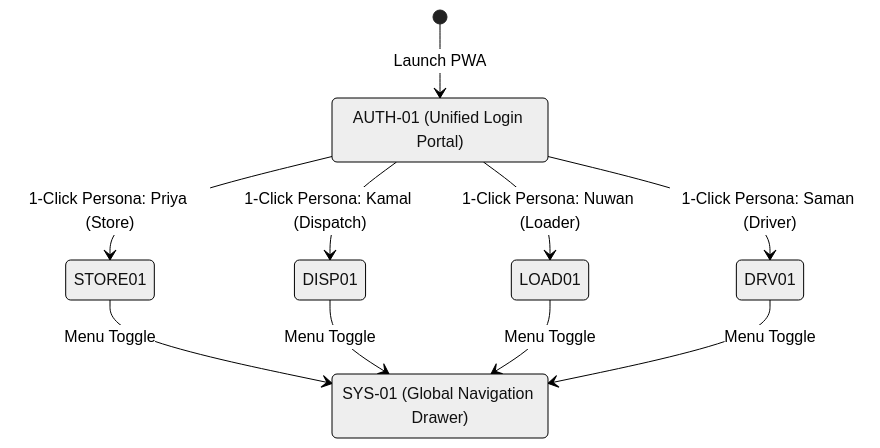
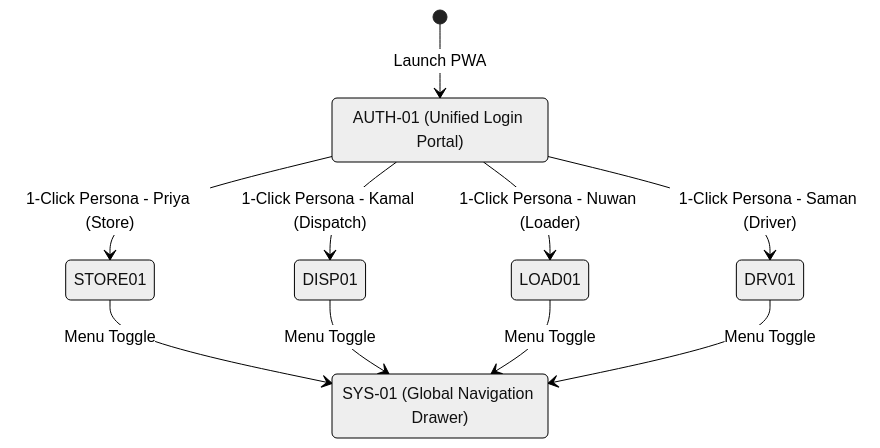
The first of 5 diagrams in docs/SCREEN_FLOW_RATIONALES.md (Mavros-Lykos/EMBERWOLVES_WayPoint), drawn with Mermaid (neutral theme) before and after one commit. The commit also changed other lines of this file, not shown here.

First line of the commit message:
docs(flow): update Mermaid state diagram syntax in screen flow rationales

````diff
--- a/docs/SCREEN_FLOW_RATIONALES.md
+++ b/docs/SCREEN_FLOW_RATIONALES.md
@@ -9,16 +9,16 @@
 ```mermaid
 stateDiagram-v2
     [*] --> AUTH01: Launch PWA
-    AUTH01: AUTH-01 (Unified Login Portal)
-    SYS01: SYS-01 (Global Navigation Drawer)
+state "AUTH-01 (Unified Login Portal)" as AUTH01
+state "SYS-01 (Global Navigation Drawer)" as SYS01
     
-    AUTH01 --> STORE01: 1-Click Persona: Priya (Store)
-    AUTH01 --> DISP01: 1-Click Persona: Kamal (Dispatch)
-    AUTH01 --> LOAD01: 1-Click Persona: Nuwan (Loader)
-    AUTH01 --> DRV01: 1-Click Persona: Saman (Driver)
+    AUTH01 --> STORE01: 1-Click Persona - Priya (Store)
+    AUTH01 --> DISP01: 1-Click Persona - Kamal (Dispatch)
+    AUTH01 --> LOAD01: 1-Click Persona - Nuwan (Loader)
+    AUTH01 --> DRV01: 1-Click Persona - Saman (Driver)
     
     STORE01 --> SYS01: Menu Toggle
     DISP01 --> SYS01: Menu Toggle
     LOAD01 --> SYS01: Menu Toggle
     DRV01 --> SYS01: Menu Toggle
 ```
````
